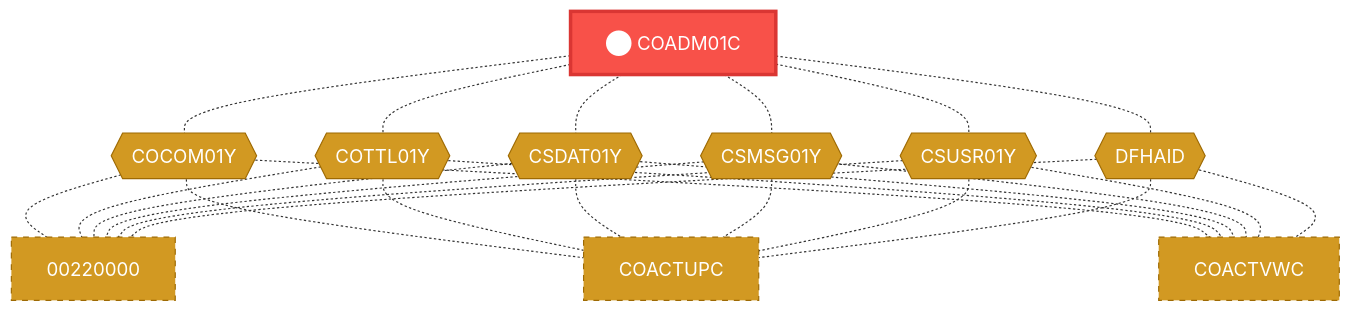
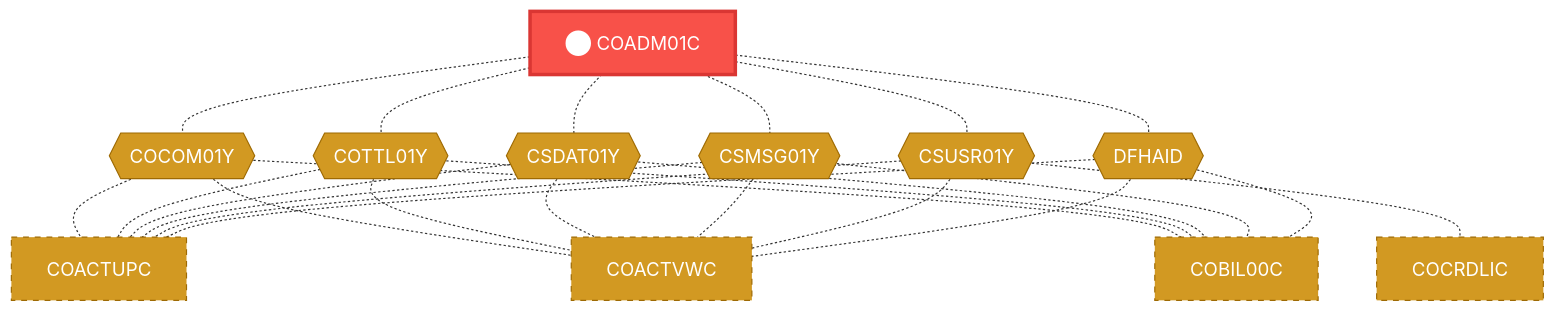
One commit to Arun973150/new_doc changed the first of 2 diagrams in Unisys_doc-main/doc_demo/docs/programs/COADM01C.md. Above: the diagram before and after it, drawn with Mermaid. The commit also changed other lines of this file and 609 other files, not shown here.

````diff
--- a/Unisys_doc-main/doc_demo/docs/programs/COADM01C.md
+++ b/Unisys_doc-main/doc_demo/docs/programs/COADM01C.md
@@ -56,58 +56,58 @@
 ```mermaid
 flowchart TD
     COADM01C["⬤ COADM01C"]:::target
     CB_COCOM01Y{{"COCOM01Y"}}:::copybook
     COADM01C -.- CB_COCOM01Y
-    00220000["00220000"]:::coupled
-    CB_COCOM01Y -.- 00220000
     COACTUPC["COACTUPC"]:::coupled
     CB_COCOM01Y -.- COACTUPC
     COACTVWC["COACTVWC"]:::coupled
     CB_COCOM01Y -.- COACTVWC
+    COBIL00C["COBIL00C"]:::coupled
+    CB_COCOM01Y -.- COBIL00C
     CB_COTTL01Y{{"COTTL01Y"}}:::copybook
     COADM01C -.- CB_COTTL01Y
-    00220000["00220000"]:::coupled
-    CB_COTTL01Y -.- 00220000
     COACTUPC["COACTUPC"]:::coupled
     CB_COTTL01Y -.- COACTUPC
     COACTVWC["COACTVWC"]:::coupled
     CB_COTTL01Y -.- COACTVWC
+    COBIL00C["COBIL00C"]:::coupled
+    CB_COTTL01Y -.- COBIL00C
     CB_CSDAT01Y{{"CSDAT01Y"}}:::copybook
     COADM01C -.- CB_CSDAT01Y
-    00220000["00220000"]:::coupled
-    CB_CSDAT01Y -.- 00220000
     COACTUPC["COACTUPC"]:::coupled
     CB_CSDAT01Y -.- COACTUPC
     COACTVWC["COACTVWC"]:::coupled
     CB_CSDAT01Y -.- COACTVWC
+    COBIL00C["COBIL00C"]:::coupled
+    CB_CSDAT01Y -.- COBIL00C
     CB_CSMSG01Y{{"CSMSG01Y"}}:::copybook
     COADM01C -.- CB_CSMSG01Y
-    00220000["00220000"]:::coupled
-    CB_CSMSG01Y -.- 00220000
     COACTUPC["COACTUPC"]:::coupled
     CB_CSMSG01Y -.- COACTUPC
     COACTVWC["COACTVWC"]:::coupled
     CB_CSMSG01Y -.- COACTVWC
+    COBIL00C["COBIL00C"]:::coupled
+    CB_CSMSG01Y -.- COBIL00C
     CB_CSUSR01Y{{"CSUSR01Y"}}:::copybook
     COADM01C -.- CB_CSUSR01Y
-    00220000["00220000"]:::coupled
-    CB_CSUSR01Y -.- 00220000
     COACTUPC["COACTUPC"]:::coupled
     CB_CSUSR01Y -.- COACTUPC
     COACTVWC["COACTVWC"]:::coupled
     CB_CSUSR01Y -.- COACTVWC
+    COCRDLIC["COCRDLIC"]:::coupled
+    CB_CSUSR01Y -.- COCRDLIC
     CB_DFHAID{{"DFHAID"}}:::copybook
     COADM01C -.- CB_DFHAID
-    00220000["00220000"]:::coupled
-    CB_DFHAID -.- 00220000
     COACTUPC["COACTUPC"]:::coupled
     CB_DFHAID -.- COACTUPC
     COACTVWC["COACTVWC"]:::coupled
     CB_DFHAID -.- COACTVWC
+    COBIL00C["COBIL00C"]:::coupled
+    CB_DFHAID -.- COBIL00C
     classDef target fill:#f85149,stroke:#da3633,color:#fff,stroke-width:3px
     classDef caller fill:#58a6ff,stroke:#1f6feb,color:#fff
     classDef callee fill:#3fb950,stroke:#238636,color:#fff
     classDef copybook fill:#d29922,stroke:#9e6a03,color:#fff
     classDef coupled fill:#d29922,stroke:#9e6a03,color:#fff,stroke-dasharray:5
     classDef transitive fill:#484f58,stroke:#8b949e,color:#c9d1d9,stroke-dasharray:5
 ```
````
